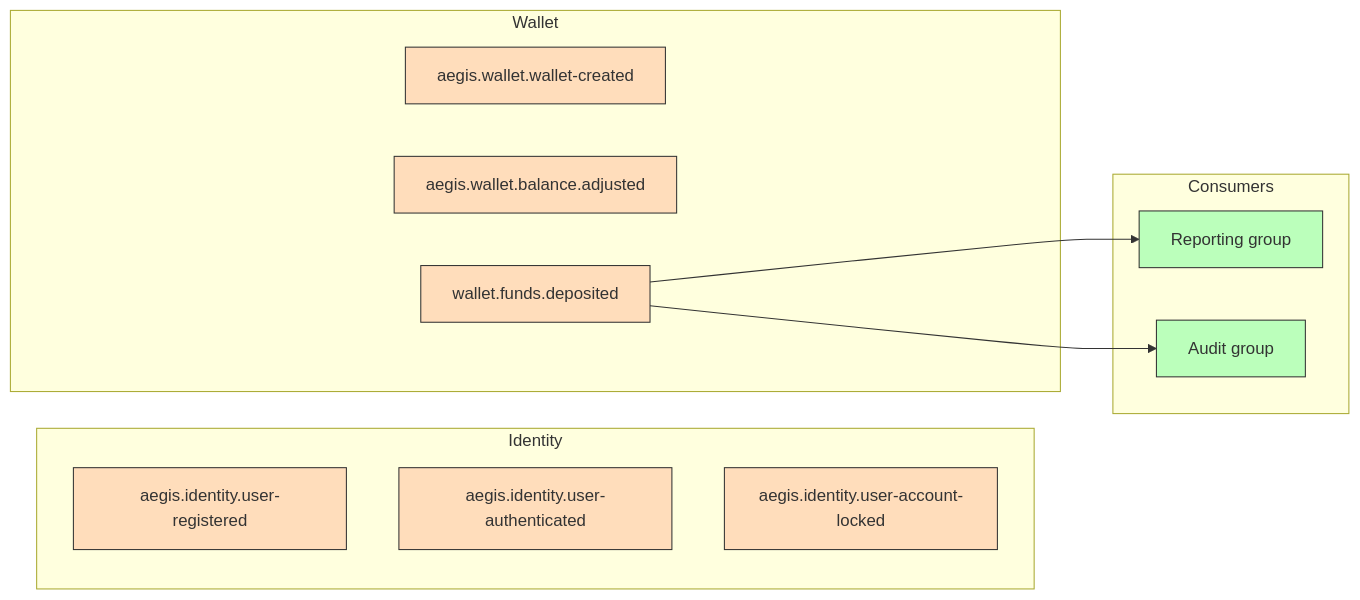
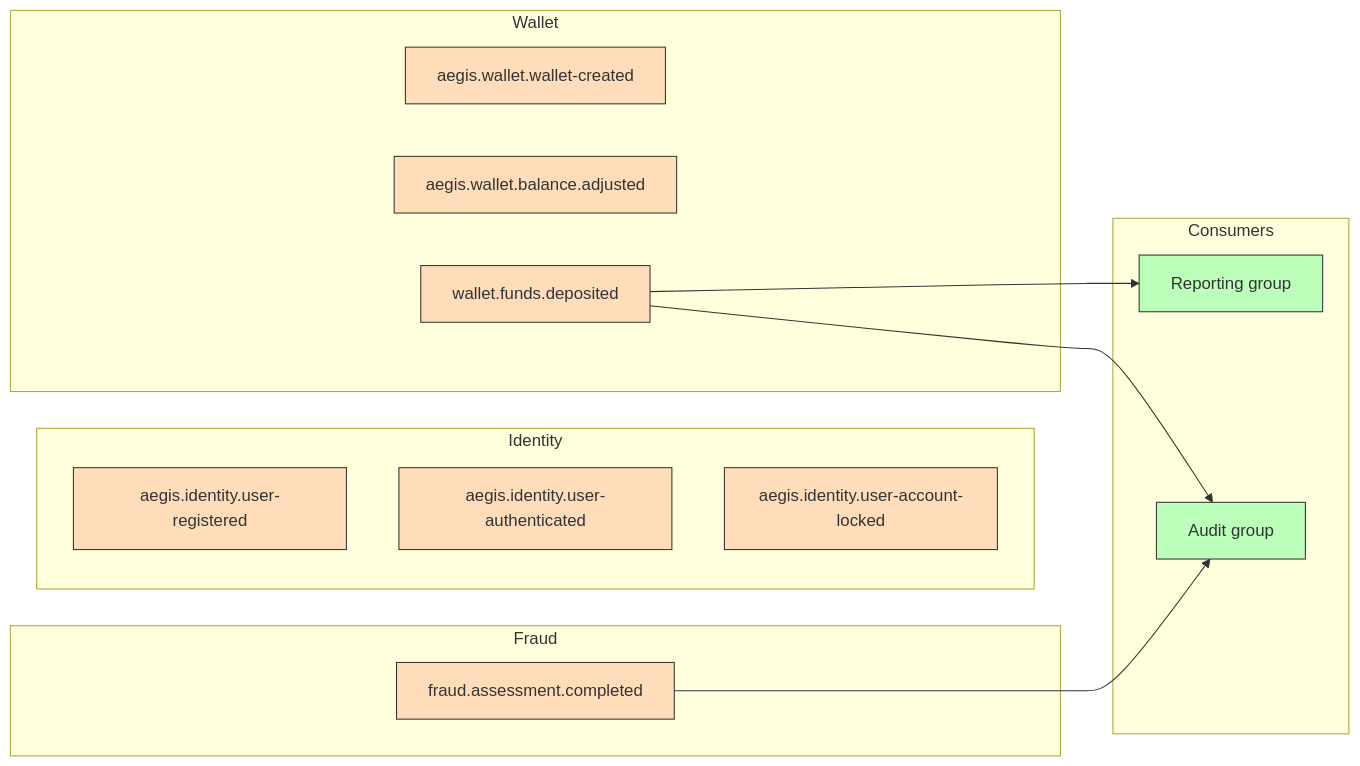
One commit to AlexAlvarezGallardo-GitHub/Aegis changed the diagram in docs/obsidian/05 - Infrastructure/Kafka Topics.md. Above: the diagram before and after it, drawn with Mermaid. The commit also changed other lines of this file and 66 other files, not shown here.

````diff
--- a/docs/obsidian/05 - Infrastructure/Kafka Topics.md
+++ b/docs/obsidian/05 - Infrastructure/Kafka Topics.md
@@ -11,25 +11,30 @@
 ```mermaid
 graph LR
     subgraph Identity
         I_Reg[aegis.identity.user-registered]
         I_Auth[aegis.identity.user-authenticated]
         I_Lock[aegis.identity.user-account-locked]
     end
     subgraph Wallet
         W_Create[aegis.wallet.wallet-created]
         W_Balance[aegis.wallet.balance.adjusted]
         W_Deposit[wallet.funds.deposited]
     end
+    subgraph Fraud
+        F_Assessment[fraud.assessment.completed]
+    end
     subgraph Consumers
         W_Deposit --> Report[Reporting group]
         W_Deposit --> Audit[Audit group]
+        F_Assessment --> Audit
     end
     style Report fill:#bfb,stroke:#333
     style Audit fill:#bfb,stroke:#333
     style I_Reg fill:#fdb,stroke:#333
     style I_Auth fill:#fdb,stroke:#333
     style I_Lock fill:#fdb,stroke:#333
     style W_Create fill:#fdb,stroke:#333
     style W_Balance fill:#fdb,stroke:#333
     style W_Deposit fill:#fdb,stroke:#333
+    style F_Assessment fill:#fdb,stroke:#333
 ```
````
